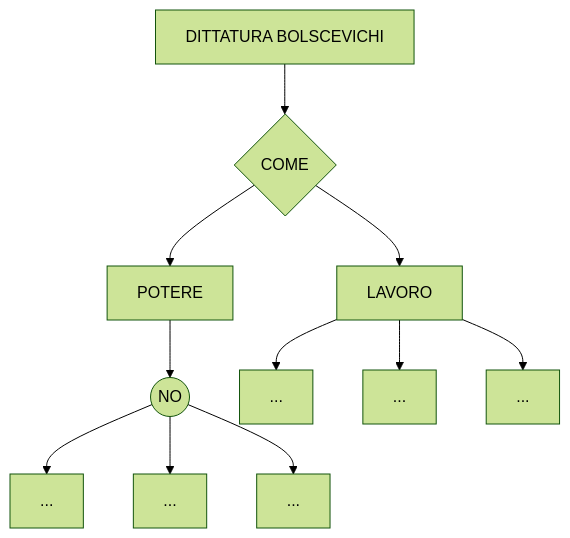
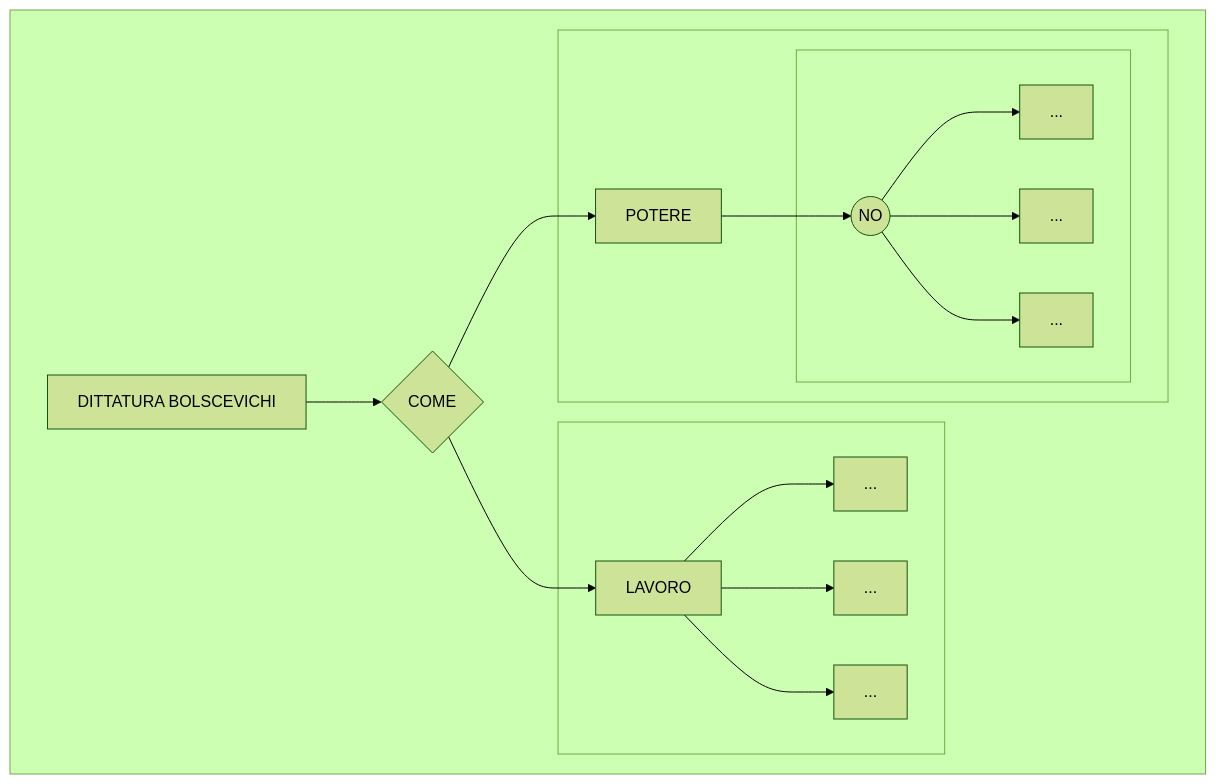
The diagram in prova.md (Laaouatni/ricerca-storia-MermaidJS), drawn with Mermaid (forest theme) before and after one commit.

````diff
--- a/prova.md
+++ b/prova.md
@@ -1,18 +1,26 @@
 ```mermaid
 flowchart TB
-  0[DITTATURA BOLSCEVICHI]
-  01{COME}
-  010[POTERE]
-  0100((NO))
-  01000[...]
-  01001[...]
-  01002[...]
-  011[LAVORO]
-  0110[...]
-  0111[...]
-  0112[...]
-  0 --> 01 --> 010 & 011
-  010 --> 0100
-  0100 --> 01000 & 01001 & 01002
-  011 --> 0110 & 0111 & 0112
+  subgraph 04[" "]
+    0[DITTATURA BOLSCEVICHI]
+    01{COME}
+    subgraph 02[" "]
+      010[POTERE]
+      subgraph 020[" "]
+        0100((NO))
+        01000[...]
+        01001[...]
+        01002[...]
+      end
+    end
+    subgraph 03[" "]
+      011[LAVORO]
+      0110[...]
+      0111[...]
+      0112[...]
+    end
+    0 --> 01 --> 010 & 011
+    010 --> 0100
+    0100 --> 01000 & 01001 & 01002
+    011 --> 0110 & 0111 & 0112
+  end
 ```
````
